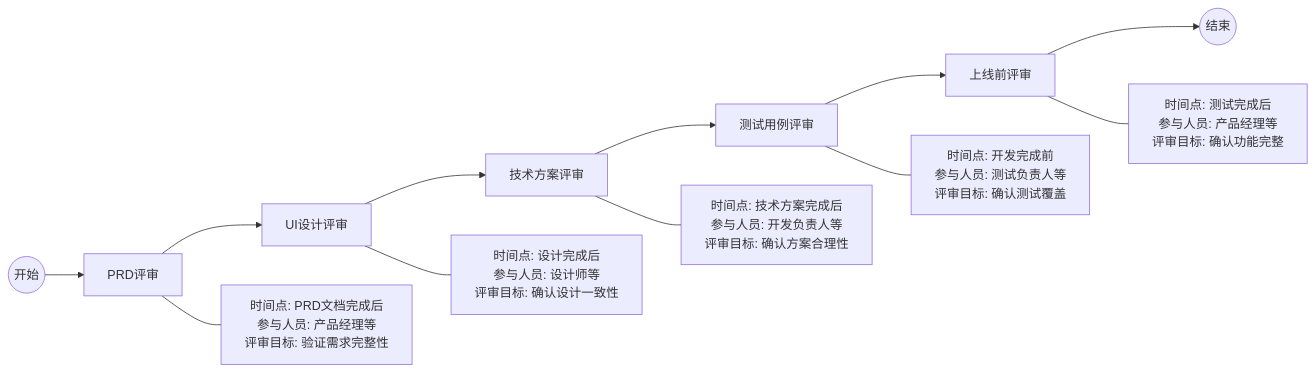
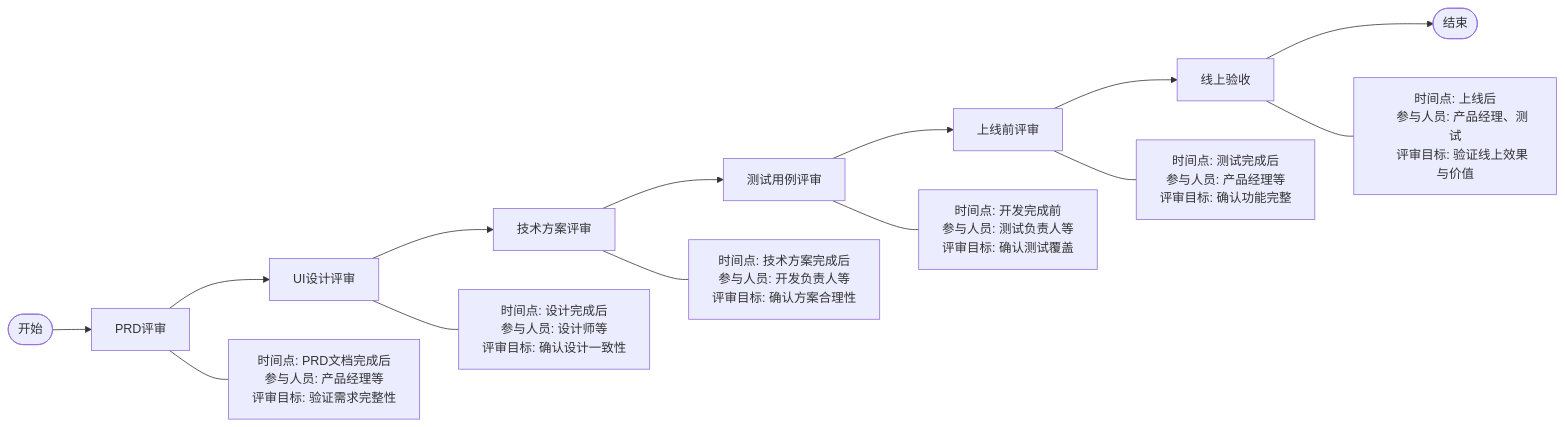
One commit to Taskon-xyz/PR changed the first of 12 diagrams in 开发流程图.md. Above: the diagram before and after it, drawn with Mermaid. The commit also changed other lines of this file and 1 other file, not shown here.

````diff
--- a/开发流程图.md
+++ b/开发流程图.md
@@ -5,15 +5,34 @@
 ```mermaid
-graph LR
-    Start((开始)) --> PRD[PRD评审]
+flowchart LR
+    Start([开始]) --> PRD[PRD评审]
     PRD --> UI[UI设计评审]
     UI --> Tech[技术方案评审]
     Tech --> Test[测试用例评审]
     Test --> Launch[上线前评审]
-    Launch --> End((结束))
-    
-    PRD --- PRD_Info[时间点: PRD文档完成后<br>参与人员: 产品经理等<br>评审目标: 验证需求完整性]
-    UI --- UI_Info[时间点: 设计完成后<br>参与人员: 设计师等<br>评审目标: 确认设计一致性]
-    Tech --- Tech_Info[时间点: 技术方案完成后<br>参与人员: 开发负责人等<br>评审目标: 确认方案合理性]
-    Test --- Test_Info[时间点: 开发完成前<br>参与人员: 测试负责人等<br>评审目标: 确认测试覆盖]
-    Launch --- Launch_Info[时间点: 测试完成后<br>参与人员: 产品经理等<br>评审目标: 确认功能完整]
+    Launch --> Online[线上验收]
+    Online --> End([结束])
+  
+    PRD --- PRD_Info["时间点: PRD文档完成后
+    参与人员: 产品经理等
+    评审目标: 验证需求完整性"]
+  
+    UI --- UI_Info["时间点: 设计完成后
+    参与人员: 设计师等
+    评审目标: 确认设计一致性"]
+  
+    Tech --- Tech_Info["时间点: 技术方案完成后
+    参与人员: 开发负责人等
+    评审目标: 确认方案合理性"]
+  
+    Test --- Test_Info["时间点: 开发完成前
+    参与人员: 测试负责人等
+    评审目标: 确认测试覆盖"]
+  
+    Launch --- Launch_Info["时间点: 测试完成后
+    参与人员: 产品经理等
+    评审目标: 确认功能完整"]
+  
+    Online --- Online_Info["时间点: 上线后
+    参与人员: 产品经理、测试
+    评审目标: 验证线上效果与价值"]
 ```
````
